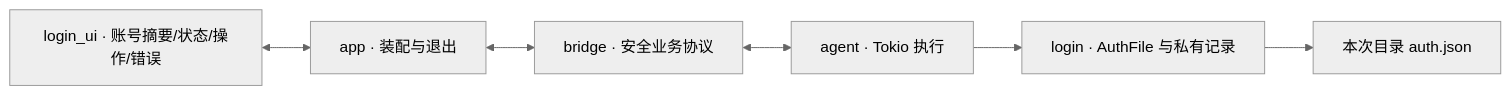
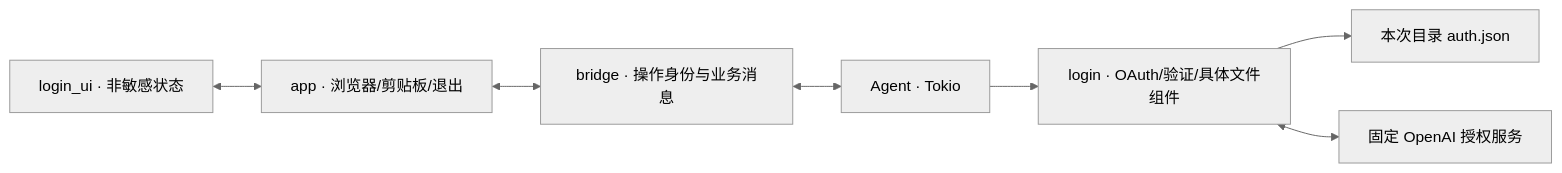
Before and after one commit to slc90/Agentelier: the diagram in docs/design/modules/authentication.md, drawn with Mermaid (neutral theme). The commit also changed other lines of this file and 26 other files, not shown here.

````diff
--- a/docs/design/modules/authentication.md
+++ b/docs/design/modules/authentication.md
@@ -23,8 +43,9 @@
 ```mermaid
 flowchart LR
-    UI["login_ui · 账号摘要/状态/操作/错误"] <--> App["app · 装配与退出"]
-    App <--> Bridge["bridge · 安全业务协议"]
-    Bridge <--> Agent["agent · Tokio 执行"]
-    Agent --> Login["login · AuthFile 与私有记录"]
+    UI["login_ui · 非敏感状态"] <--> App["app · 浏览器/剪贴板/退出"]
+    App <--> Bridge["bridge · 操作身份与业务消息"]
+    Bridge <--> Agent["Agent · Tokio"]
+    Agent --> Login["login · OAuth/验证/具体文件组件"]
     Login --> File["本次目录 auth.json"]
+    Login <--> OpenAI["固定 OpenAI 授权服务"]
 ```
````
